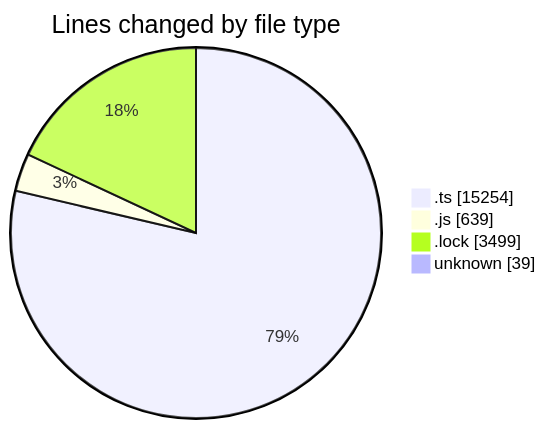
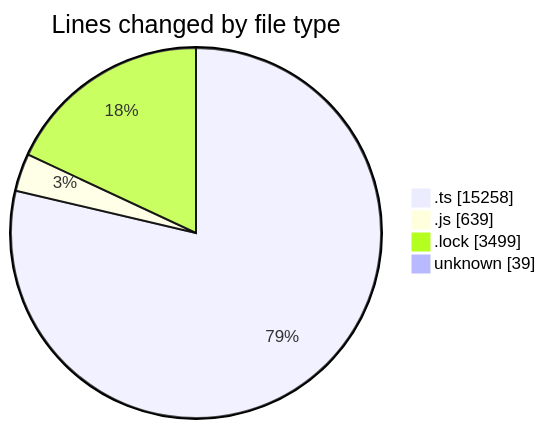
One commit to momahboobian/code-tracking changed the first of 2 diagrams in 2025-05-20/cda/README.md. Above: the diagram before and after it, drawn with Mermaid. The commit also changed other lines of this file and 1 other file, not shown here.

````diff
--- a/2025-05-20/cda/README.md
+++ b/2025-05-20/cda/README.md
@@ -31,8 +31,8 @@
 ```mermaid
 pie showData
 title Lines changed by file type
-".ts" : 15254
+".ts" : 15258
 ".js" : 639
 ".lock" : 3499
 "unknown" : 39
 ```
````
